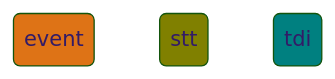
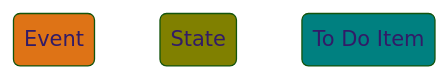
The first of 2 diagrams in chapters/chapter09.md (boostercloud/workflows-framework), drawn with Mermaid (forest theme) before and after one commit. The commit also changed other lines of this file and 1 other file, not shown here.

Commit message:
Some changes

````diff
--- a/chapters/chapter09.md
+++ b/chapters/chapter09.md
@@ -34,14 +34,14 @@
 ```mermaid
 stateDiagram-v2
-	state "event" as eventBox
-	state "stt" as sttBox
-	state "tdi" as tdiBox
+	state "Event" as eventBox
+	state "State" as sttBox
+	state "To Do Item" as tdiBox
 
 	classDef event fill:#de7316
 	classDef stt fill:olive
 	classDef tdi fill:teal
 
 	class eventBox event
 	class sttBox stt
 	class tdiBox tdi
 ```
````
